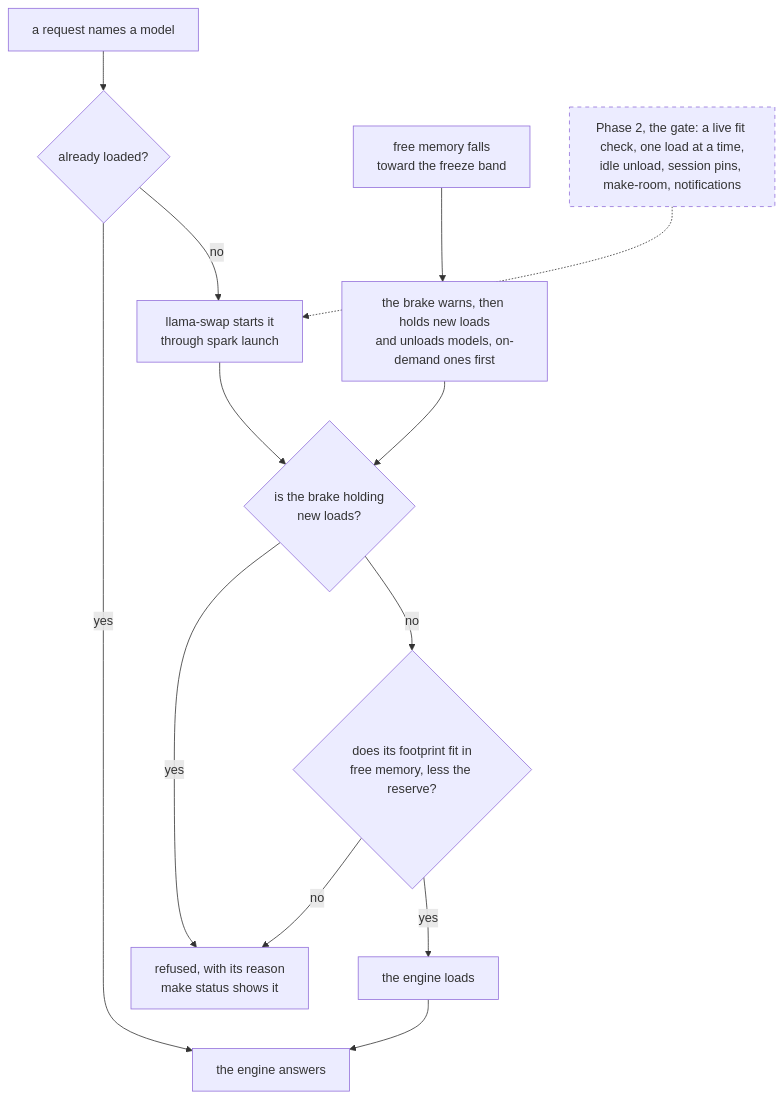
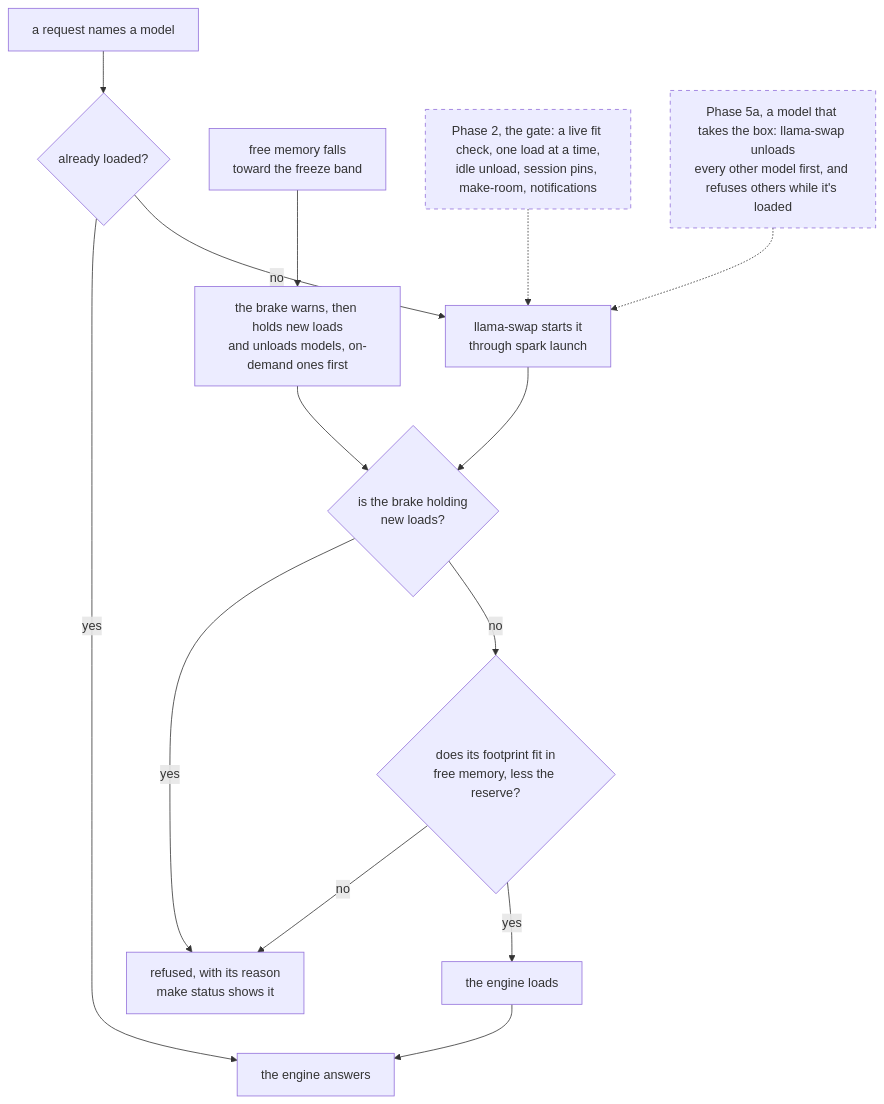
Before and after one commit to chendaniely/local-ai: the third of 4 diagrams in website/architecture.qmd, drawn with Mermaid. The commit also changed other lines of this file and 10 other files, not shown here.

````diff
--- a/website/architecture.qmd
+++ b/website/architecture.qmd
@@ -138,17 +148,19 @@
 ```{mermaid}
 flowchart TD
   classDef planned stroke-dasharray: 5 5
 
   req["a request names a model"] --> loaded{"already loaded?"}
   loaded -- yes --> answer["the engine answers"]
   loaded -- no --> launch["llama-swap starts it<br/>through spark launch"]
   launch --> held{"is the brake holding<br/>new loads?"}
   held -- yes --> refuse["refused, with its reason<br/>make status shows it"]
   held -- no --> fits{"does its footprint fit in<br/>free memory, less the reserve?"}
   fits -- no --> refuse
   fits -- yes --> load["the engine loads"] --> answer
   low["free memory falls<br/>toward the freeze band"] --> brake["the brake warns, then holds new loads<br/>and unloads models, on-demand ones first"]
   brake --> held
   gate["Phase 2, the gate: a live fit check, one load at a time,<br/>idle unload, session pins, make-room, notifications"]:::planned
   gate -.-> launch
+  takes["Phase 5a, a model that takes the box: llama-swap unloads<br/>every other model first, and refuses others while it's loaded"]:::planned
+  takes -.-> launch
 ```
````
